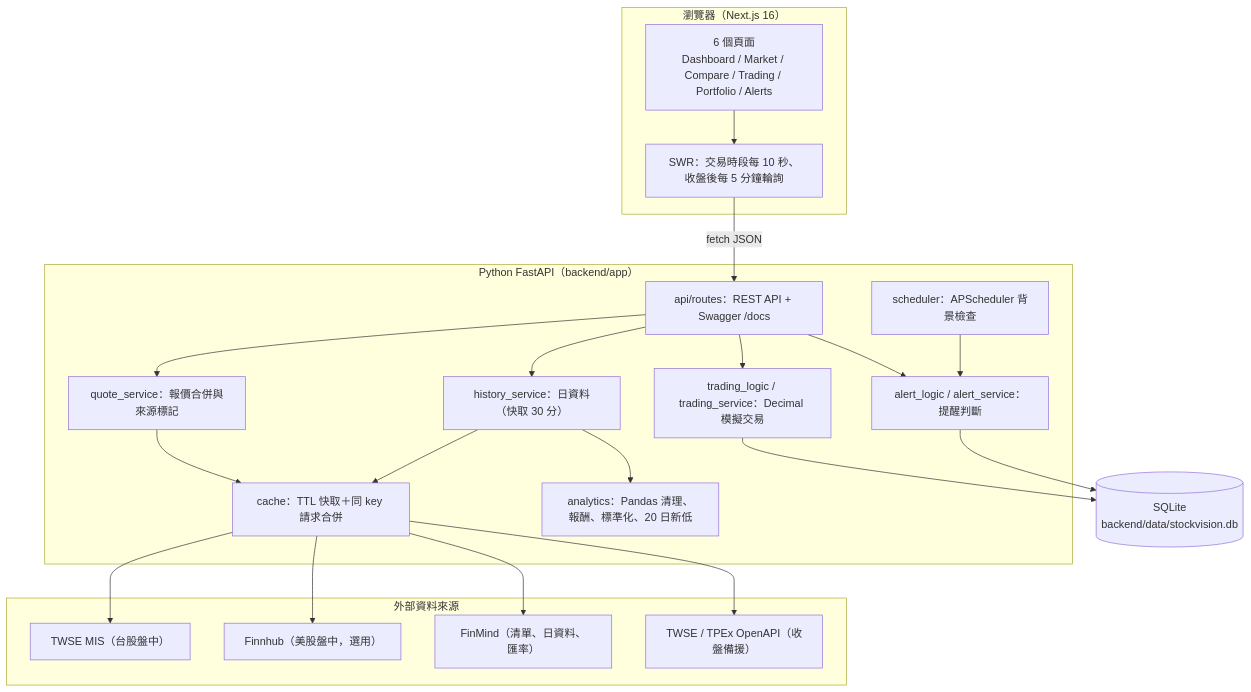
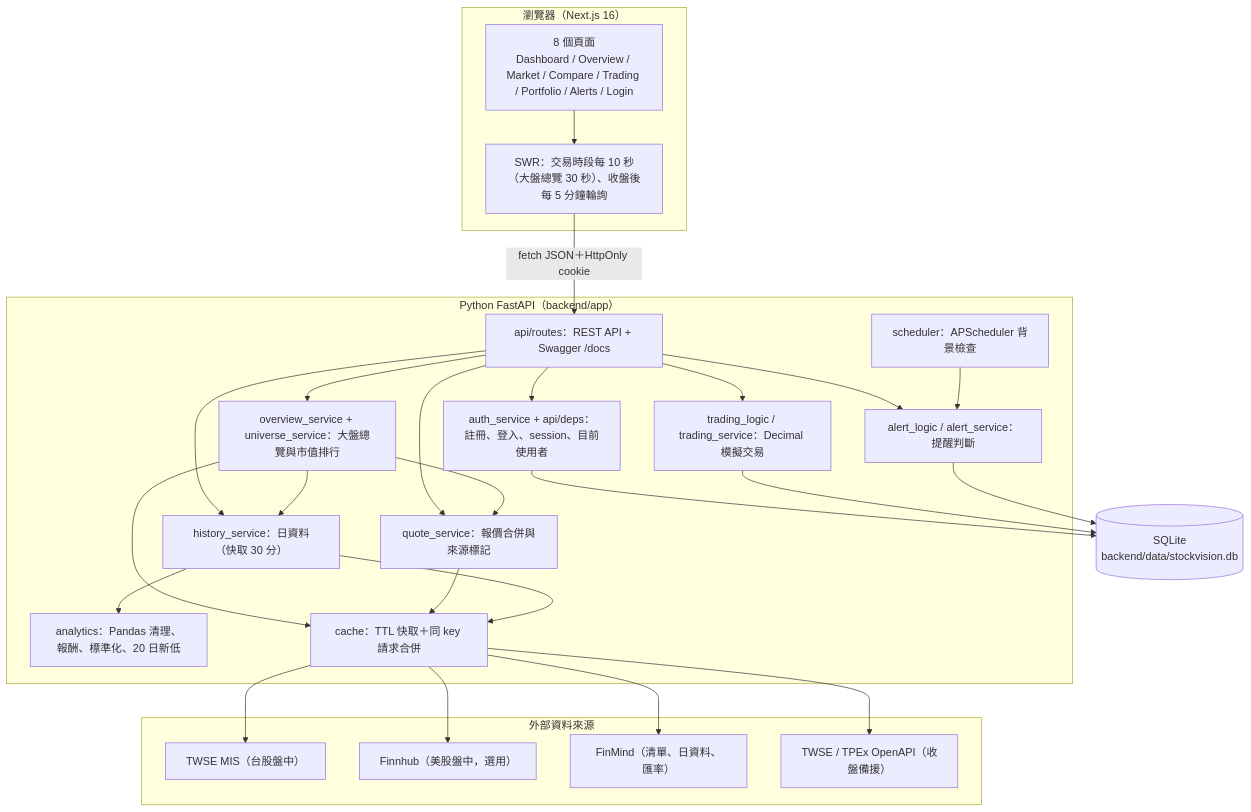
One commit to Lin0821-yanting/stockvision changed the diagram in docs/architecture.md. Above: the diagram before and after it, drawn with Mermaid. The commit also changed other lines of this file and 6 other files, not shown here.

First line of the commit message:
docs: document login and market overview

````diff
--- a/docs/architecture.md
+++ b/docs/architecture.md
@@ -5,38 +5,42 @@
 ```mermaid
 flowchart TB
     subgraph Browser["瀏覽器（Next.js 16）"]
-        Pages["6 個頁面<br/>Dashboard / Market / Compare / Trading / Portfolio / Alerts"]
-        SWR["SWR：交易時段每 10 秒、收盤後每 5 分鐘輪詢"]
+        Pages["8 個頁面<br/>Dashboard / Overview / Market / Compare / Trading / Portfolio / Alerts / Login"]
+        SWR["SWR：交易時段每 10 秒（大盤總覽 30 秒）、收盤後每 5 分鐘輪詢"]
         Pages --> SWR
     end
 
     subgraph Backend["Python FastAPI（backend/app）"]
         Routes["api/routes：REST API + Swagger /docs"]
+        Auth["auth_service + api/deps：註冊、登入、session、目前使用者"]
+        Overview["overview_service + universe_service：大盤總覽與市值排行"]
         Quote["quote_service：報價合併與來源標記"]
         History["history_service：日資料（快取 30 分）"]
         Analytics["analytics：Pandas 清理、報酬、標準化、20 日新低"]
         Trading["trading_logic / trading_service：Decimal 模擬交易"]
         Alerts["alert_logic / alert_service：提醒判斷"]
         Scheduler["scheduler：APScheduler 背景檢查"]
         Cache["cache：TTL 快取＋同 key 請求合併"]
     end
 
     subgraph Sources["外部資料來源"]
         MIS["TWSE MIS（台股盤中）"]
         Finnhub["Finnhub（美股盤中，選用）"]
         FinMind["FinMind（清單、日資料、匯率）"]
         OpenAPI["TWSE / TPEx OpenAPI（收盤備援）"]
     end
 
     DB[("SQLite<br/>backend/data/stockvision.db")]
 
-    SWR -->|fetch JSON| Routes
-    Routes --> Quote & History & Trading & Alerts
+    SWR -->|fetch JSON＋HttpOnly cookie| Routes
+    Routes --> Auth & Overview & Quote & History & Trading & Alerts
+    Auth --> DB
+    Overview --> Quote & History & Cache
     Quote --> Cache
     History --> Cache
     Cache --> MIS & Finnhub & FinMind & OpenAPI
     History --> Analytics
     Trading --> DB
     Alerts --> DB
     Scheduler --> Alerts
 ```
````
